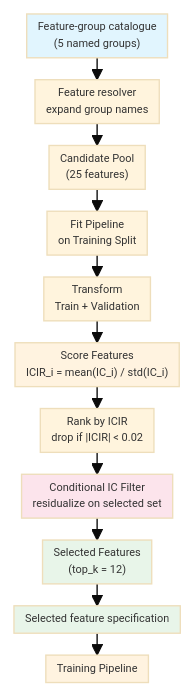
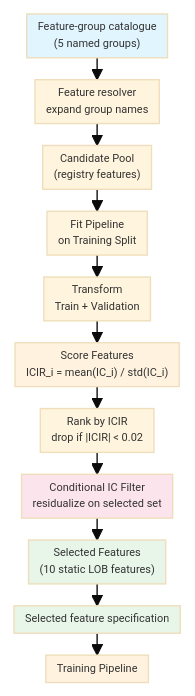
The fifth of 5 diagrams in thesis/qmd/src/99-appendix.qmd (kwojdalski/masters_thesis), drawn with Mermaid before and after one commit. The commit also changed other lines of this file and 6 other files, not shown here.

````diff
--- a/thesis/qmd/src/99-appendix.qmd
+++ b/thesis/qmd/src/99-appendix.qmd
@@ -418,28 +422,28 @@
 ```{mermaid}
 %%| fig-align: center
 %%| fig-width: 1.9
 %%| fig-height: 3.75
 %%{init: {'theme': 'base', 'themeVariables': {'fontSize': '8px'}, 'flowchart': {'nodeSpacing': 12, 'rankSpacing': 16, 'padding': 4, 'useMaxWidth': true}}}%%
 flowchart TD
     GRP["Feature-group catalogue<br/>(5 named groups)"]
     RES["Feature resolver<br/>expand group names"]
-    POOL["Candidate Pool<br/>(25 features)"]
+    POOL["Candidate Pool<br/>(registry features)"]
 
     GRP --> RES --> POOL
 
     POOL --> FIT["Fit Pipeline<br/>on Training Split"]
     FIT --> TRANS["Transform<br/>Train + Validation"]
     TRANS --> SCORE["Score Features<br/>ICIR_i = mean(IC_i) / std(IC_i)"]
     SCORE --> RANK["Rank by ICIR<br/>drop if |ICIR| < 0.02"]
     RANK --> FILTER["Conditional IC Filter<br/>residualize on selected set"]
-    FILTER --> SEL["Selected Features<br/>(top_k = 12)"]
+    FILTER --> SEL["Selected Features<br/>(10 static LOB features)"]
     SEL --> SPEC["Selected feature specification"]
     SPEC --> TRAIN["Training Pipeline"]
 
     style GRP fill:#e1f5fe
     style SEL fill:#e8f5e9
     style SPEC fill:#e8f5e9
     style TRAIN fill:#fff3e0
     style SCORE fill:#fff3e0
     style FILTER fill:#fce4ec
 ```
````
